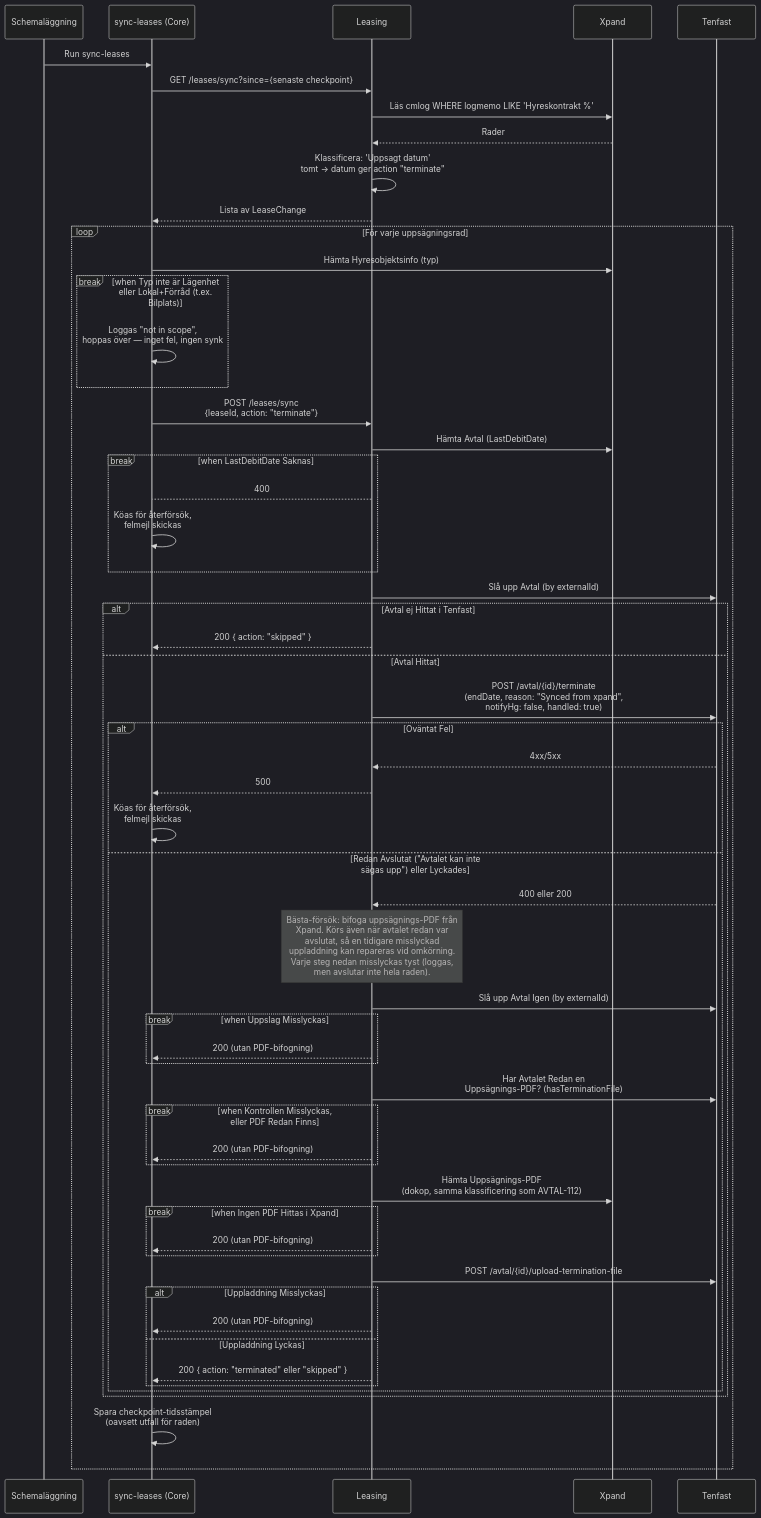
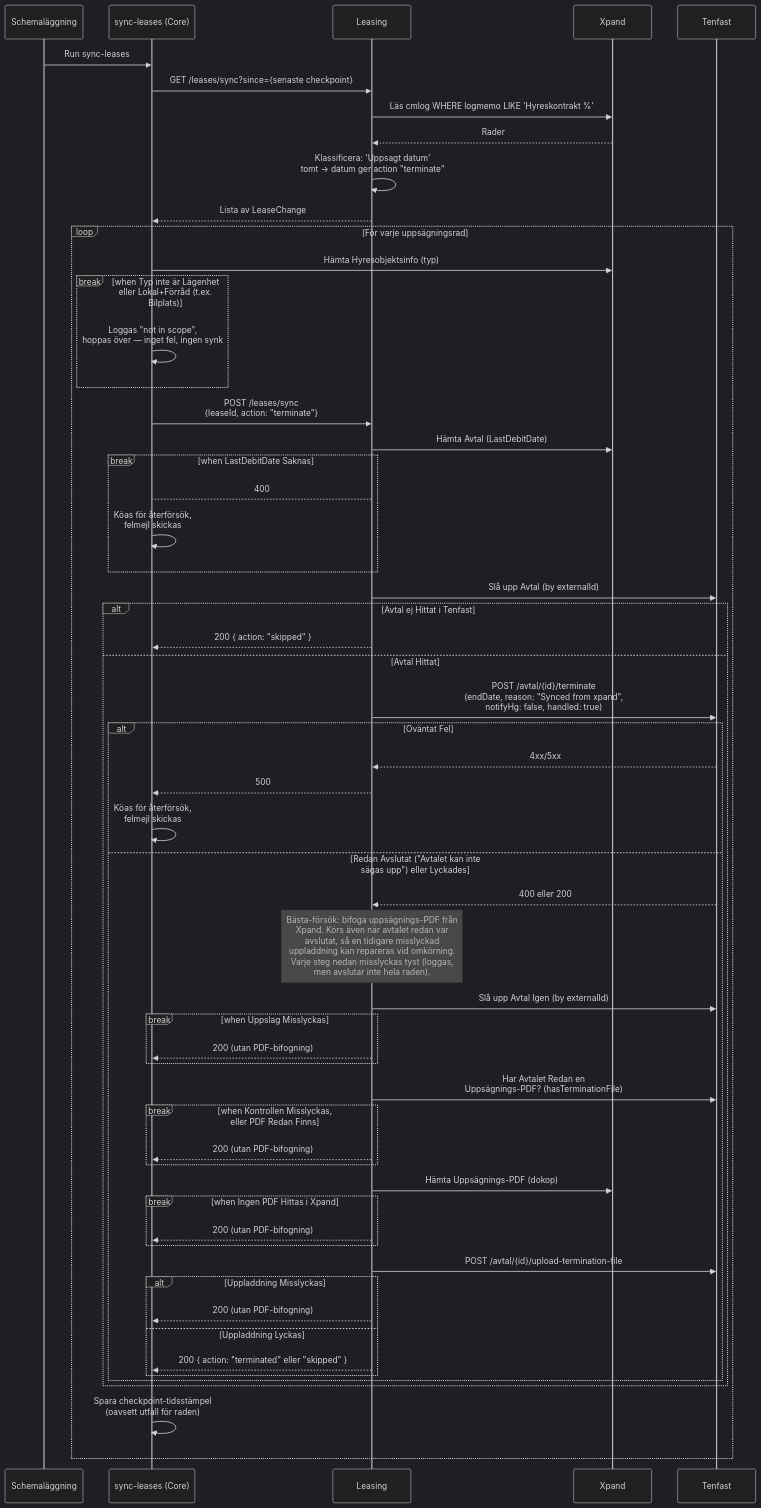
The second of 2 diagrams in core/src/processes/leasetermination/DOCS_Terminate_Lease_via_Xpand_Sync.md (Bostads-AB-Mimer/onecore), drawn with Mermaid (dark theme) before and after one commit. The commit also changed other lines of this file and 1 other file, not shown here.

Commit message:
Docs: remove Linear ticket references
AVTAL-XXX ticket numbers are ephemeral tracking detail, not something
a reader needs to understand the process — drop them from both the
prose and the sequence diagram label.

````diff
--- a/core/src/processes/leasetermination/DOCS_Terminate_Lease_via_Xpand_Sync.md
+++ b/core/src/processes/leasetermination/DOCS_Terminate_Lease_via_Xpand_Sync.md
@@ -42,77 +42,77 @@
 ```mermaid
 sequenceDiagram
     participant CronJob as Schemaläggning
     participant SyncScript as sync-leases (Core)
     participant Leasing as Leasing
     participant Xpand as Xpand
     participant Tenfast as Tenfast
 
     CronJob ->> SyncScript: Run sync-leases
     SyncScript ->> Leasing: GET /leases/sync?since={senaste checkpoint}
     Leasing ->> Xpand: Läs cmlog WHERE logmemo LIKE 'Hyreskontrakt %'
     Xpand -->> Leasing: Rader
     Leasing ->> Leasing: Klassificera: 'Uppsagt datum'<br/>tomt → datum ger action "terminate"
     Leasing -->> SyncScript: Lista av LeaseChange
 
     loop För varje uppsägningsrad
         SyncScript ->> Xpand: Hämta Hyresobjektsinfo (typ)
 
         break when Typ inte är Lägenhet eller Lokal+Förråd (t.ex. Bilplats)
             SyncScript ->> SyncScript: Loggas "not in scope",<br/>hoppas över — inget fel, ingen synk
         end
 
         SyncScript ->> Leasing: POST /leases/sync<br/>{leaseId, action: "terminate"}
         Leasing ->> Xpand: Hämta Avtal (LastDebitDate)
 
         break when LastDebitDate Saknas
             Leasing-->SyncScript: 400
             SyncScript ->> SyncScript: Köas för återförsök,<br/>felmejl skickas
         end
 
         Leasing ->> Tenfast: Slå upp Avtal (by externalId)
 
         alt Avtal ej Hittat i Tenfast
             Leasing-->>SyncScript: 200 { action: "skipped" }
         else Avtal Hittat
             Leasing ->> Tenfast: POST /avtal/{id}/terminate<br/>(endDate, reason: "Synced from xpand",<br/>notifyHg: false, handled: true)
             alt Oväntat Fel
                 Tenfast-->>Leasing: 4xx/5xx
                 Leasing-->>SyncScript: 500
                 SyncScript ->> SyncScript: Köas för återförsök,<br/>felmejl skickas
             else Redan Avslutat ("Avtalet kan inte<br/>sägas upp") eller Lyckades
                 Tenfast-->>Leasing: 400 eller 200
 
                 note over Leasing: Bästa-försök: bifoga uppsägnings-PDF från<br/>Xpand. Körs även när avtalet redan var<br/>avslutat, så en tidigare misslyckad<br/>uppladdning kan repareras vid omkörning.<br/>Varje steg nedan misslyckas tyst (loggas,<br/>men avslutar inte hela raden).
 
                 Leasing ->> Tenfast: Slå upp Avtal Igen (by externalId)
 
                 break when Uppslag Misslyckas
                     Leasing-->>SyncScript: 200 (utan PDF-bifogning)
                 end
 
                 Leasing ->> Tenfast: Har Avtalet Redan en<br/>Uppsägnings-PDF? (hasTerminationFile)
 
                 break when Kontrollen Misslyckas,<br/>eller PDF Redan Finns
                     Leasing-->>SyncScript: 200 (utan PDF-bifogning)
                 end
 
-                Leasing ->> Xpand: Hämta Uppsägnings-PDF<br/>(dokop, samma klassificering som AVTAL-112)
+                Leasing ->> Xpand: Hämta Uppsägnings-PDF (dokop)
 
                 break when Ingen PDF Hittas i Xpand
                     Leasing-->>SyncScript: 200 (utan PDF-bifogning)
                 end
 
                 Leasing ->> Tenfast: POST /avtal/{id}/upload-termination-file
 
                 alt Uppladdning Misslyckas
                     Leasing-->>SyncScript: 200 (utan PDF-bifogning)
                 else Uppladdning Lyckas
                     Leasing-->>SyncScript: 200 { action: "terminated" eller "skipped" }
                 end
             end
         end
 
         SyncScript ->> SyncScript: Spara checkpoint-tidsstämpel<br/>(oavsett utfall för raden)
     end
 
 ```
````
